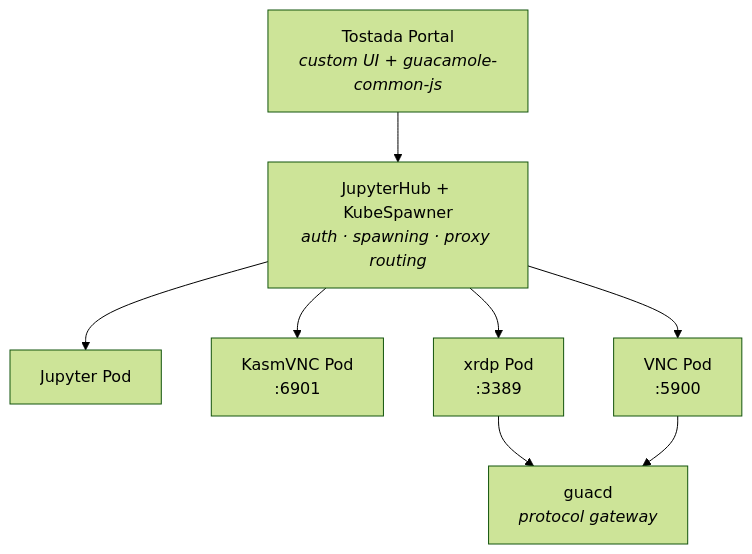
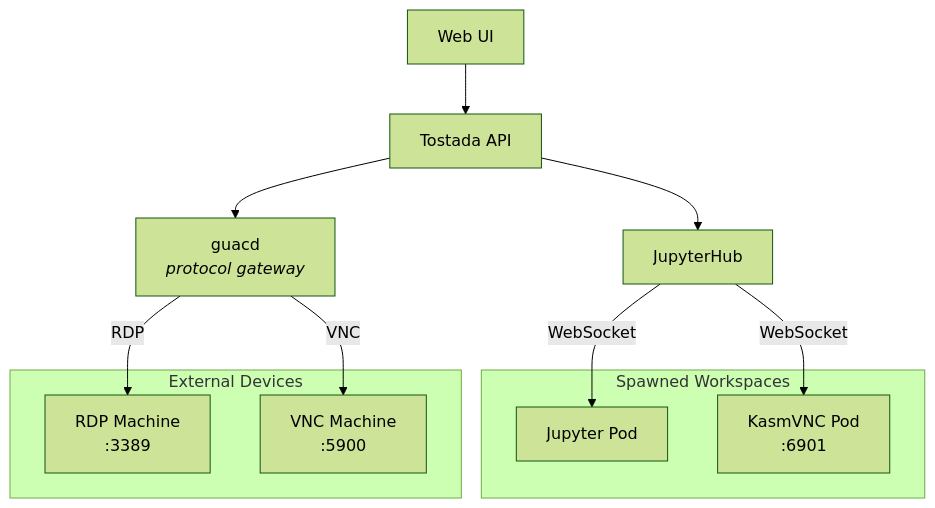
The diagram in README.md (rophy/tostada), drawn with Mermaid (forest theme) before and after one commit. The commit also changed other lines of this file, not shown here.

Commit message:
docs: replace ASCII diagram with Mermaid, add API layer and external devices

````diff
--- a/README.md
+++ b/README.md
@@ -19,18 +17,26 @@
 ```mermaid
 graph TD
-    Portal["Tostada Portal<br/><i>custom UI + guacamole-common-js</i>"]
-    Hub["JupyterHub + KubeSpawner<br/><i>auth · spawning · proxy routing</i>"]
-    Jupyter["Jupyter Pod"]
-    Kasm["KasmVNC Pod<br/>:6901"]
-    Xrdp["xrdp Pod<br/>:3389"]
-    VNC["VNC Pod<br/>:5900"]
+    UI["Web UI"]
+    API["Tostada API"]
+    Hub["JupyterHub"]
     Guacd["guacd<br/><i>protocol gateway</i>"]
 
-    Portal --> Hub
-    Hub --> Jupyter
-    Hub --> Kasm
-    Hub --> Xrdp
-    Hub --> VNC
-    Xrdp --> Guacd
-    VNC --> Guacd
+    subgraph Spawned["Spawned Workspaces"]
+        Jupyter["Jupyter Pod"]
+        Kasm["KasmVNC Pod<br/>:6901"]
+    end
+
+    subgraph External["External Devices"]
+        ExtRDP["RDP Machine<br/>:3389"]
+        ExtVNC["VNC Machine<br/>:5900"]
+    end
+
+    UI --> API
+    API --> Hub
+    API --> Guacd
+    Hub -->|"WebSocket"| Jupyter
+    Hub -->|"WebSocket"| Kasm
+
+    Guacd -->|"RDP"| ExtRDP
+    Guacd -->|"VNC"| ExtVNC
 ```
````
